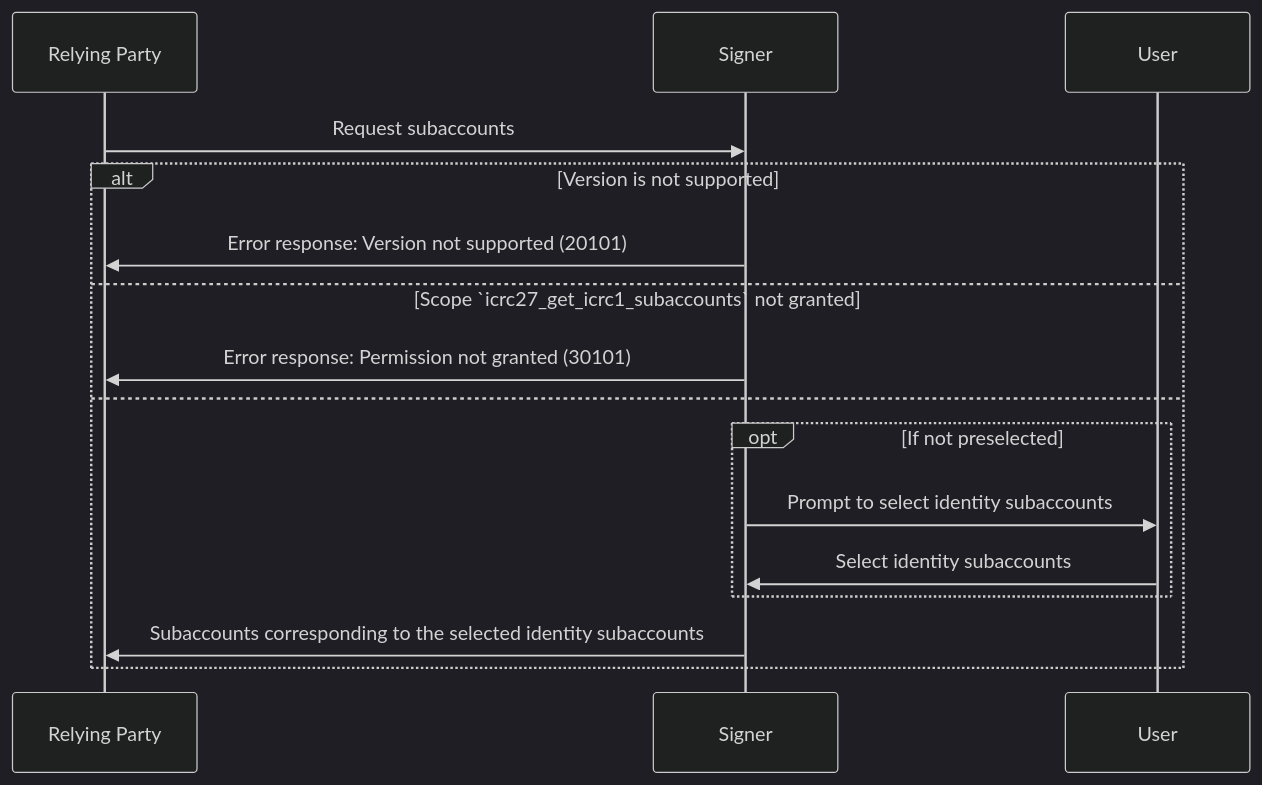
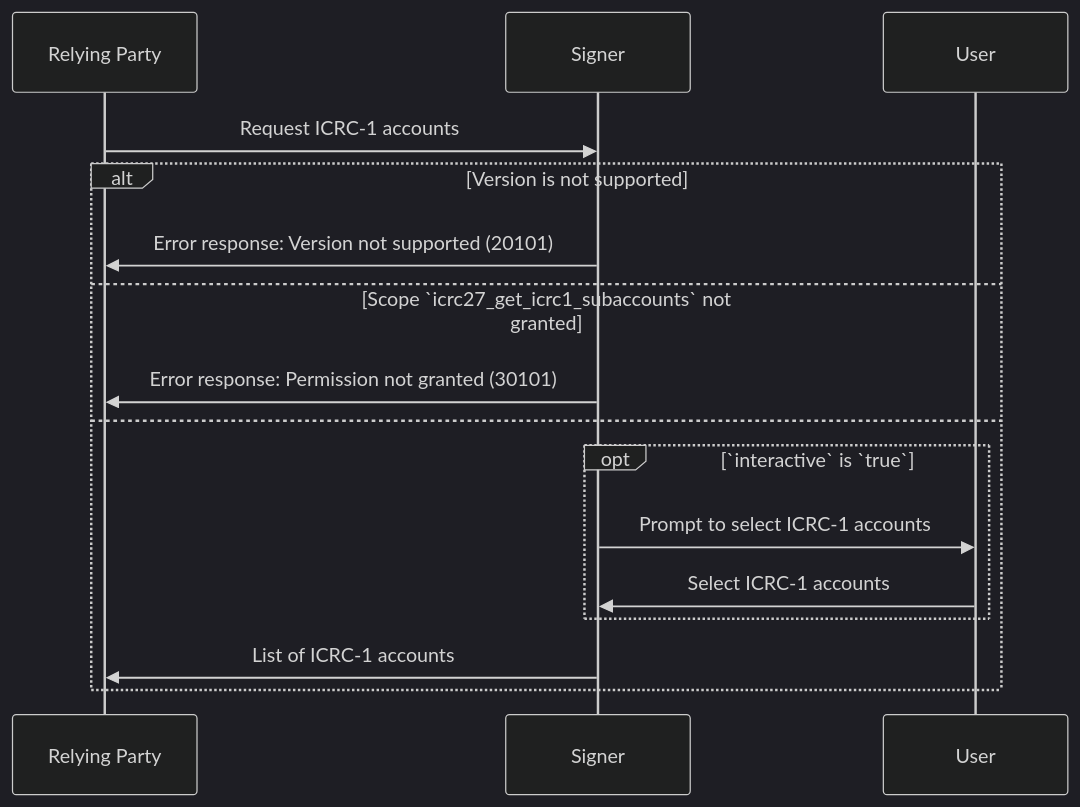
One commit to dfinity/wg-identity-authentication changed the diagram in topics/icrc_27_get_icrc_1_subaccounts.md. Above: the diagram before and after it, drawn with Mermaid (dark theme). The commit also changed other lines of this file, not shown here.

````diff
--- a/topics/icrc_27_get_icrc_1_subaccounts.md
+++ b/topics/icrc_27_get_icrc_1_subaccounts.md
@@ -165,18 +158,18 @@
 ```mermaid
 sequenceDiagram
     participant RP as Relying Party
     participant S as Signer
     participant U as User
-    RP ->> S: Request subaccounts
+    RP ->> S: Request ICRC-1 accounts
     alt Version is not supported
         S ->> RP: Error response: Version not supported (20101)
     else Scope `icrc27_get_icrc1_subaccounts` not granted
         S ->> RP: Error response: Permission not granted (30101)
     else
-        opt If not preselected
-            S ->> U: Prompt to select identity subaccounts
-            U ->> S: Select identity subaccounts
+        opt `interactive` is `true`
+            S ->> U: Prompt to select ICRC-1 accounts
+            U ->> S: Select ICRC-1 accounts
         end
-        S ->> RP: Subaccounts corresponding to the selected identity subaccounts
+        S ->> RP: List of ICRC-1 accounts
     end
 ```
````
